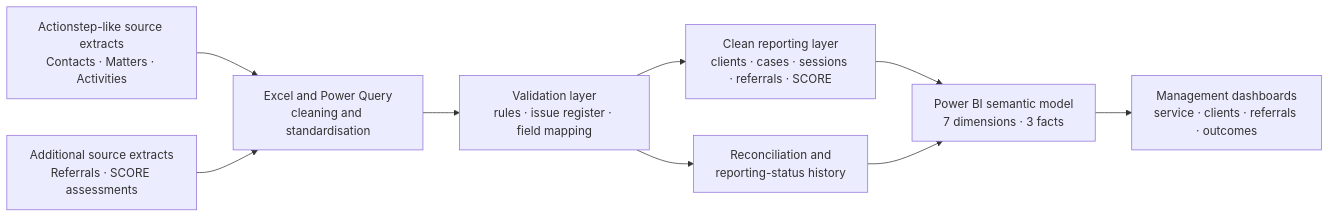
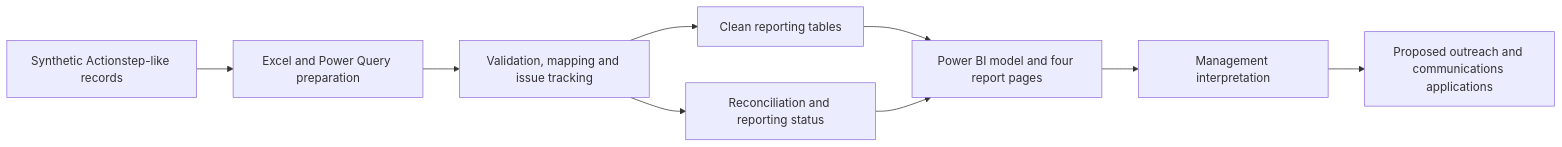
The diagram in README.md (yifei1510/Community-Services-Data-Quality-DEX-Reporting-Simulation), drawn with Mermaid before and after one commit. The commit also changed other lines of this file, not shown here.

````diff
--- a/README.md
+++ b/README.md
@@ -61,20 +195,11 @@
 ```mermaid
 flowchart LR
-    A["Actionstep-like source extracts<br/>Contacts · Matters · Activities"]
-    B["Additional source extracts<br/>Referrals · SCORE assessments"]
-    C["Excel and Power Query<br/>cleaning and standardisation"]
-    D["Validation layer<br/>rules · issue register · field mapping"]
-    E["Clean reporting layer<br/>clients · cases · sessions · referrals · SCORE"]
-    F["Reconciliation and<br/>reporting-status history"]
-    G["Power BI semantic model<br/>7 dimensions · 3 facts"]
-    H["Management dashboards<br/>service · clients · referrals · outcomes"]
-
-    A --> C
-    B --> C
-    C --> D
-    D --> E
-    D --> F
-    E --> G
-    F --> G
-    G --> H
+    A["Synthetic Actionstep-like records"] --> B["Excel and Power Query preparation"]
+    B --> C["Validation, mapping and issue tracking"]
+    C --> D["Clean reporting tables"]
+    C --> E["Reconciliation and reporting status"]
+    D --> F["Power BI model and four report pages"]
+    E --> F
+    F --> G["Management interpretation"]
+    G --> H["Proposed outreach and communications applications"]
 ```
````
